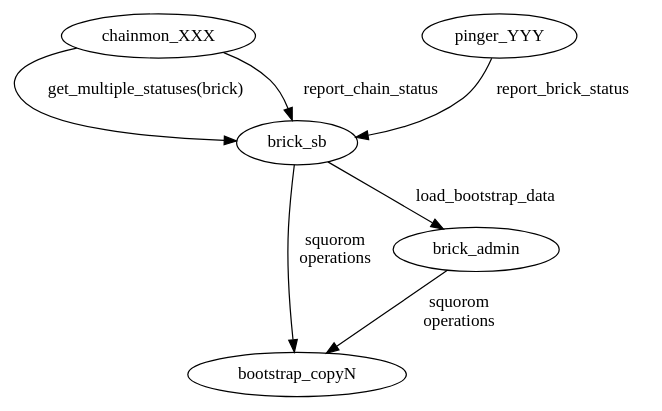
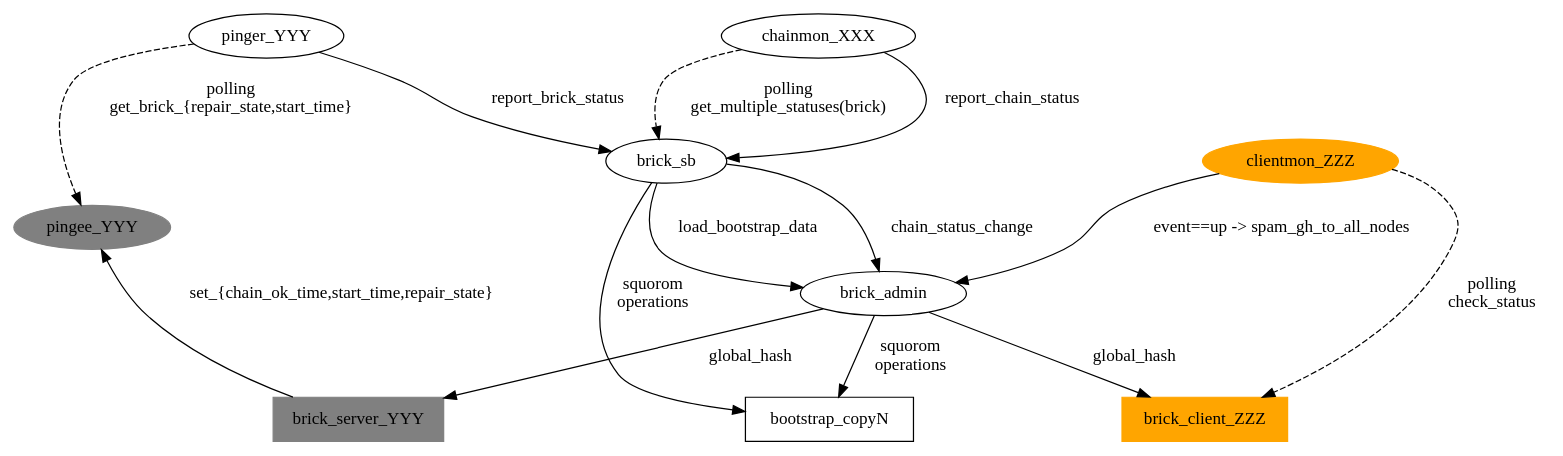
The diagram in doc/src/hibari/images-src/brick-sb-ctree.dot (hibari/hibari-doc), drawn with Graphviz before and after one commit.

Commit message:
GMT BZ28971: update call tree based on code review

```diff
--- a/doc/src/hibari/images-src/brick-sb-ctree.dot
+++ b/doc/src/hibari/images-src/brick-sb-ctree.dot
@@ -1,50 +1,57 @@
 
 //
 // Copyright (c) 2005-2010 Gemini Mobile Technologies, Inc.  All rights reserved.
 //
 // Licensed under the Apache License, Version 2.0 (the "License");
 // you may not use this file except in compliance with the License.
 // You may obtain a copy of the License at
 //
 //     http://www.apache.org/licenses/LICENSE-2.0
 //
 // Unless required by applicable law or agreed to in writing, software
 // distributed under the License is distributed on an "AS IS" BASIS,
 // WITHOUT WARRANTIES OR CONDITIONS OF ANY KIND, either express or implied.
 // See the License for the specific language governing permissions and
 // limitations under the License.
 //
 
 digraph data_flow {
-	// {rank=same; brick_sup};
-	// // top
-	// brick_sup;
-	// // admin
-	// brick_admin_sup;
-	// brick_mon_sup;
-	// brick_sb;
-	// brick_admin;
-	// chainmon_XXX;
-	// pinger_YYY;
-	// // data
-	// brick_data_sup;
-	// brick_brick_sup;
-	// bootstrap_copyN;
-	// // supervision tree
-	// brick_sup -> brick_admin_sup [style=dotted];
-	// brick_sup -> brick_data_sup [style=dotted];
-	// brick_admin_sup -> brick_mon_sup [style=dotted];
-	// brick_admin_sup -> brick_sb [style=dotted];
-	// brick_admin_sup -> brick_admin [style=dotted];
-	// brick_mon_sup -> chainmon_XXX [style=dotted];
-	// brick_mon_sup -> pinger_YYY [style=dotted];
-	// brick_data_sup -> brick_brick_sup [style=dotted];
-	// brick_brick_sup -> bootstrap_copyN [style=dotted];
-	// calls
-	chainmon_XXX -> brick_sb [label="get_multiple_statuses(brick)"];
+	node [shape="ellipse"];
+        nodesep = 0.5;
+	{rank="source"; pinger_YYY; chainmon_XXX; };
+	{rank="sink"; bootstrap_copyN; };
+	// misc
+	bootstrap_copyN [shape="record"];
+	// servers
+        subgraph servers1 {
+		node [style=filled, color=grey];
+		{rank=sink; brick_server_YYY};
+		pingee_YYY;
+		brick_server_YYY [shape="record"];
+		brick_server_YYY -> pingee_YYY [label="set_{chain_ok_time,start_time,repair_state}"];
+	}
+	// clients
+        subgraph clients1 {
+		node [style=filled, color=orange];
+		{rank=sink; brick_client_ZZZ};
+		clientmon_ZZZ;
+		brick_client_ZZZ [shape="record"];
+		clientmon_ZZZ -> brick_client_ZZZ [style="dashed", label="polling\ncheck_status"];
+	}
+	// chain monitor
+	chainmon_XXX -> brick_sb [style="dashed", label="polling\nget_multiple_statuses(brick)"];
 	chainmon_XXX -> brick_sb [label="report_chain_status"];
+	// client monitor
+	clientmon_ZZZ -> brick_admin [label="event==up -> spam_gh_to_all_nodes"];
+	// pinger -> pingee -> brick_server
 	pinger_YYY -> brick_sb [label="report_brick_status"];
+	pinger_YYY -> pingee_YYY [style="dashed", label="polling\nget_brick_{repair_state,start_time}"];
+	// scoreboard
 	brick_sb -> bootstrap_copyN [label="squorom\noperations"];
 	brick_sb -> brick_admin [label="load_bootstrap_data"];
+	brick_sb -> brick_admin [label="chain_status_change"];
+	// admin
 	brick_admin -> bootstrap_copyN [label="squorom\noperations"];
+	brick_admin -> brick_client_ZZZ [label="global_hash"];
+	brick_admin -> brick_server_YYY [label="global_hash"];
 }
```
